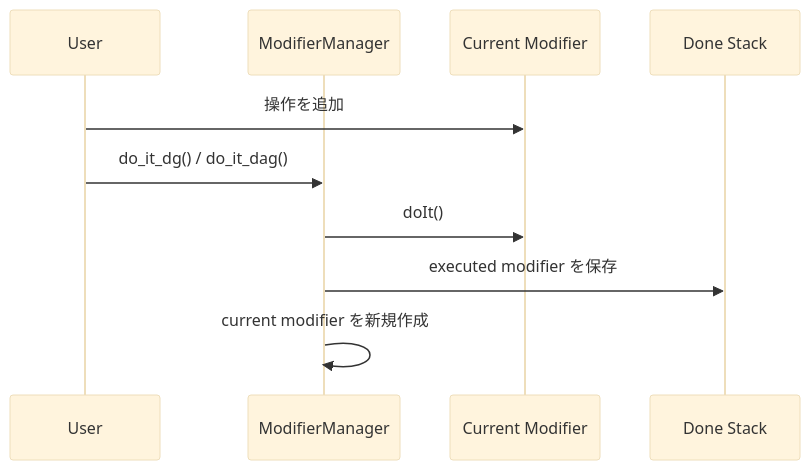
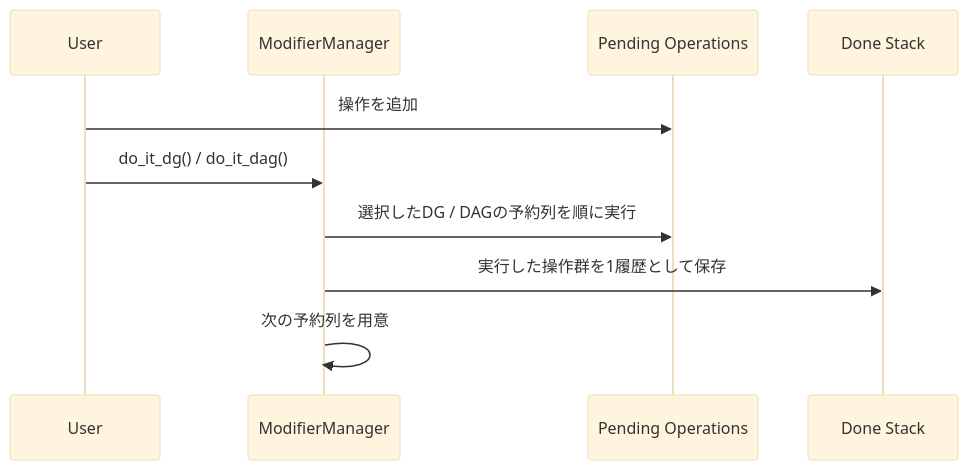
The diagram in bakedanuki/bakedanuki-util/docs/maya/node_operator/modifier_manager.md (AkihiroMamiduka/bakedanuki-util), drawn with Mermaid (base theme) before and after one commit. The commit also changed other lines of this file and 13 other files, not shown here.

````diff
--- a/bakedanuki/bakedanuki-util/docs/maya/node_operator/modifier_manager.md
+++ b/bakedanuki/bakedanuki-util/docs/maya/node_operator/modifier_manager.md
@@ -17,13 +21,13 @@
 ```mermaid
 sequenceDiagram
     participant User
     participant Manager as ModifierManager
-    participant Current as Current Modifier
+    participant Current as Pending Operations
     participant History as Done Stack
 
     User->>Current: 操作を追加
     User->>Manager: do_it_dg() / do_it_dag()
-    Manager->>Current: doIt()
-    Manager->>History: executed modifier を保存
-    Manager->>Manager: current modifier を新規作成
+    Manager->>Current: 選択したDG / DAGの予約列を順に実行
+    Manager->>History: 実行した操作群を1履歴として保存
+    Manager->>Manager: 次の予約列を用意
 ```
````
